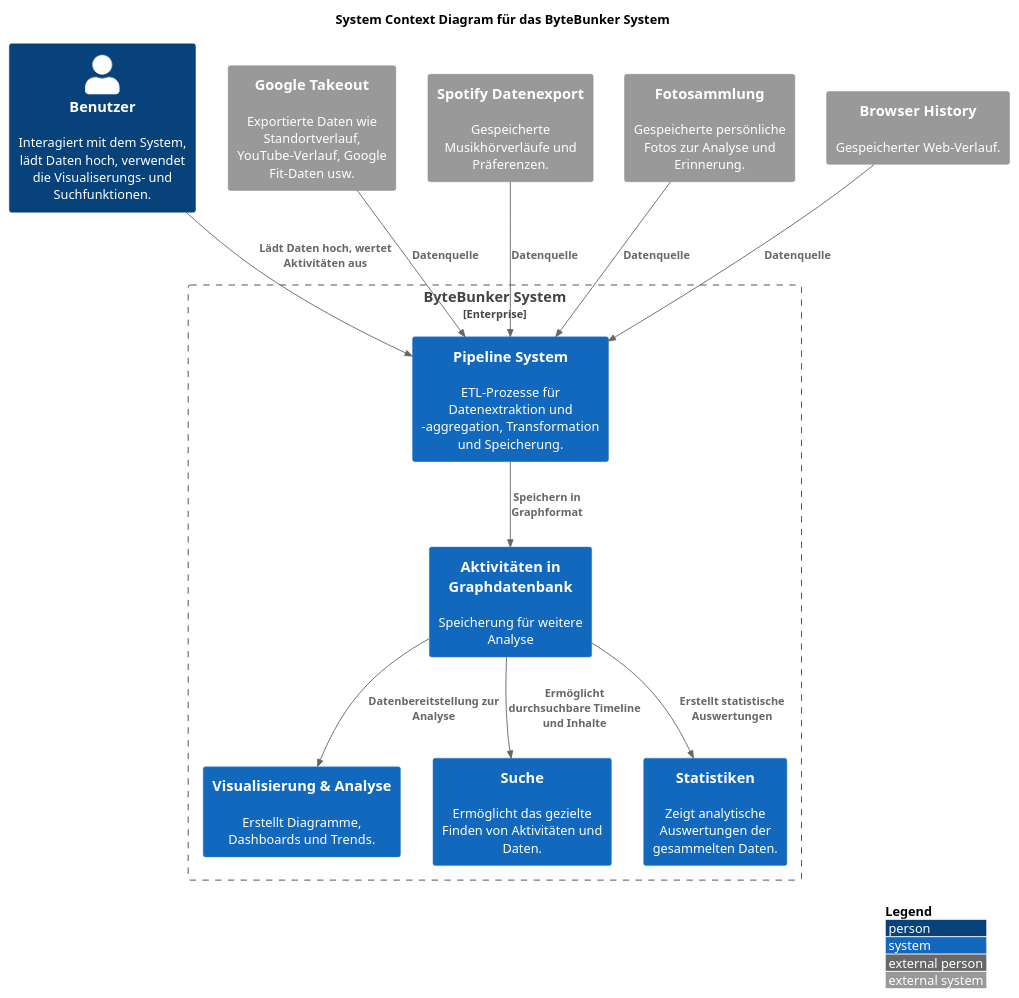
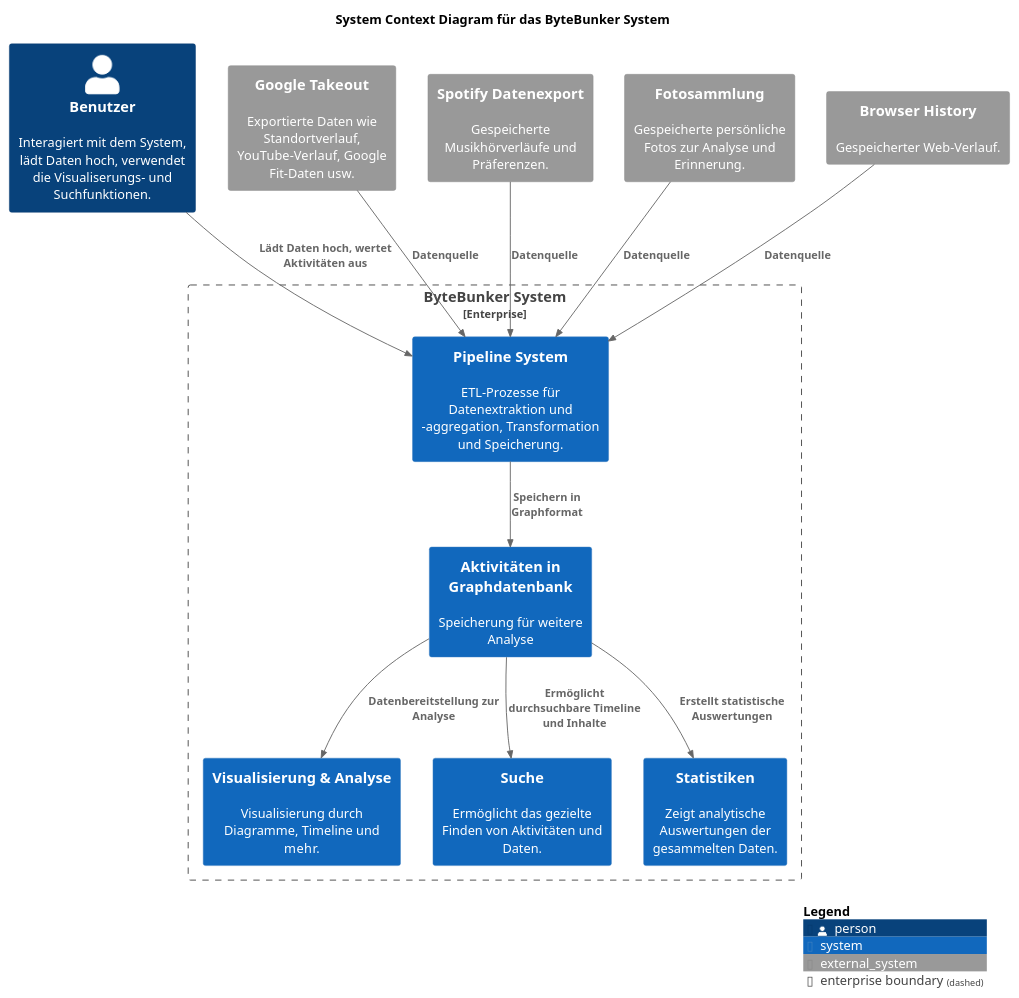
The diagram in planning/diagrams/system-context-diagram.puml (bytebunker-org/bytebunker), drawn with PlantUML before and after one commit. The commit also changed 17 other files, not shown here.

Commit message:
feat: update packages, planning uml changes

```diff
--- a/planning/diagrams/system-context-diagram.puml
+++ b/planning/diagrams/system-context-diagram.puml
@@ -1,34 +1,35 @@
 @startuml
 !include https://raw.githubusercontent.com/plantuml-stdlib/C4-PlantUML/master/C4_Context.puml
 
-LAYOUT_WITH_LEGEND()
 
 title System Context Diagram für das ByteBunker System
 
 Person(user, "Benutzer", "Interagiert mit dem System, lädt Daten hoch, verwendet die Visualiserungs- und Suchfunktionen.")
 
 Enterprise_Boundary(bytebunker_boundary, "ByteBunker System") {
   System(bytebunker_pipeline, "Pipeline System", "ETL-Prozesse für Datenextraktion und -aggregation, Transformation und Speicherung.")
   System(bytebunker_activity_graph, "Aktivitäten in Graphdatenbank", "Speicherung für weitere Analyse")
-  System(bytebunker_analysis, "Visualisierung & Analyse", "Erstellt Diagramme, Dashboards und Trends.")
+  System(bytebunker_analysis, "Visualisierung & Analyse", "Visualisierung durch Diagramme, Timeline und mehr.")
   System(bytebunker_search, "Suche", "Ermöglicht das gezielte Finden von Aktivitäten und Daten.")
   System(bytebunker_statistics, "Statistiken", "Zeigt analytische Auswertungen der gesammelten Daten.")
 }
 
 System_Ext(google, "Google Takeout", "Exportierte Daten wie Standortverlauf, YouTube-Verlauf, Google Fit-Daten usw.")
 System_Ext(spotify, "Spotify Datenexport", "Gespeicherte Musikhörverläufe und Präferenzen.")
 System_Ext(photos, "Fotosammlung", "Gespeicherte persönliche Fotos zur Analyse und Erinnerung.")
 System_Ext(browser, "Browser History", "Gespeicherter Web-Verlauf.")
 
 Rel(user, bytebunker_pipeline, "Lädt Daten hoch, wertet Aktivitäten aus")
 Rel(google, bytebunker_pipeline, "Datenquelle")
 Rel(spotify, bytebunker_pipeline, "Datenquelle")
 Rel(photos, bytebunker_pipeline, "Datenquelle")
 Rel(browser, bytebunker_pipeline, "Datenquelle")
 
 Rel(bytebunker_pipeline, bytebunker_activity_graph, "Speichern in Graphformat")
 Rel(bytebunker_activity_graph, bytebunker_analysis, "Datenbereitstellung zur Analyse")
 Rel(bytebunker_activity_graph, bytebunker_search, "Ermöglicht durchsuchbare Timeline und Inhalte")
 Rel(bytebunker_activity_graph, bytebunker_statistics, "Erstellt statistische Auswertungen")
 
+SHOW_LEGEND()
+
 @enduml
```
